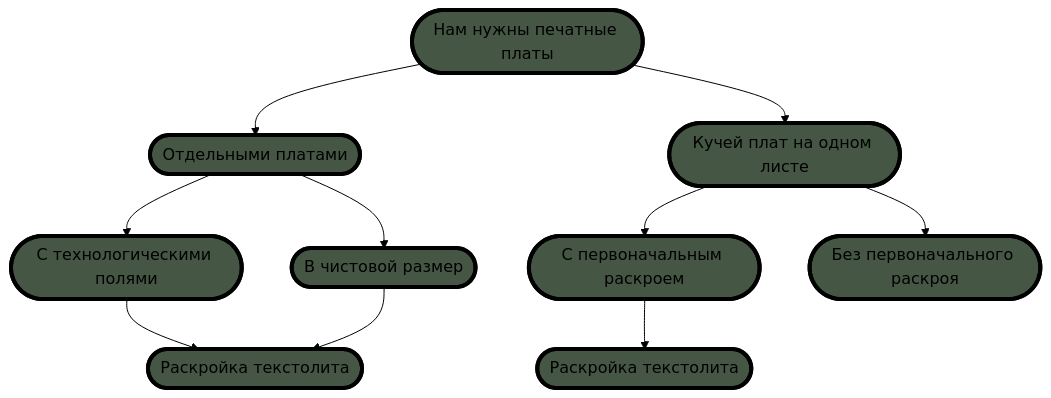
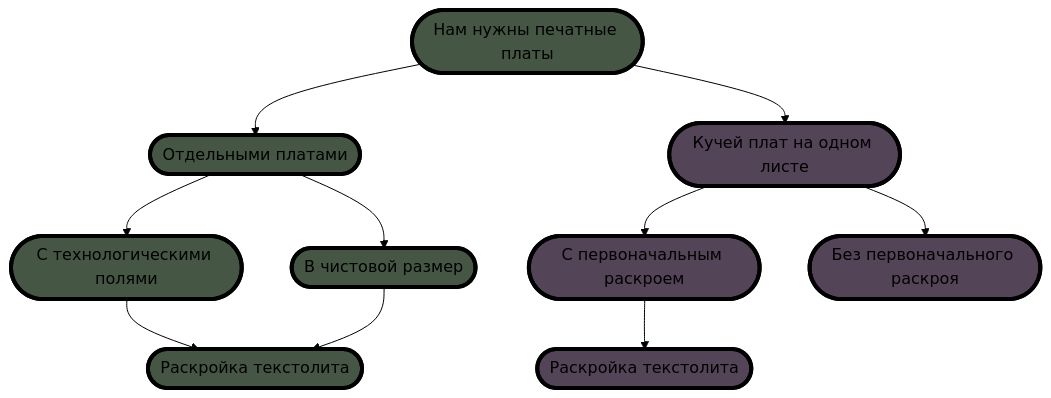
One commit to ufrs12/OLTA-RU changed the diagram in README.md. Above: the diagram before and after it, drawn with Mermaid (forest theme).

````diff
--- a/README.md
+++ b/README.md
@@ -8,24 +8,26 @@
 ```mermaid
 graph TD;
 classDef class1 fill:#455744, stroke:#000, stroke-width:4px
+classDef class2 fill:#544457, stroke:#000, stroke-width:4px
+
     Z([Нам нужны печатные платы]):::class1
     A([Отдельными платами]):::class1
-    B([Кучей плат на одном листе]):::class1
+    B([Кучей плат на одном листе]):::class2
     C([С технологическими полями]):::class1
     D([В чистовой размер]):::class1
-    E([С первоначальным раскроем]):::class1
-    F([Без первоначального раскроя]):::class1
+    E([С первоначальным раскроем]):::class2
+    F([Без первоначального раскроя]):::class2
     G([Раскройка текстолита]):::class1
-    H([Раскройка текстолита]):::class1
+    H([Раскройка текстолита]):::class2
     Z-->A;
     Z-->B;
 
     A-->C;
     A-->D;
     C-->G;
     D-->G;
 
     B-->E;
     B-->F;
     E-->H;
 ```
````
